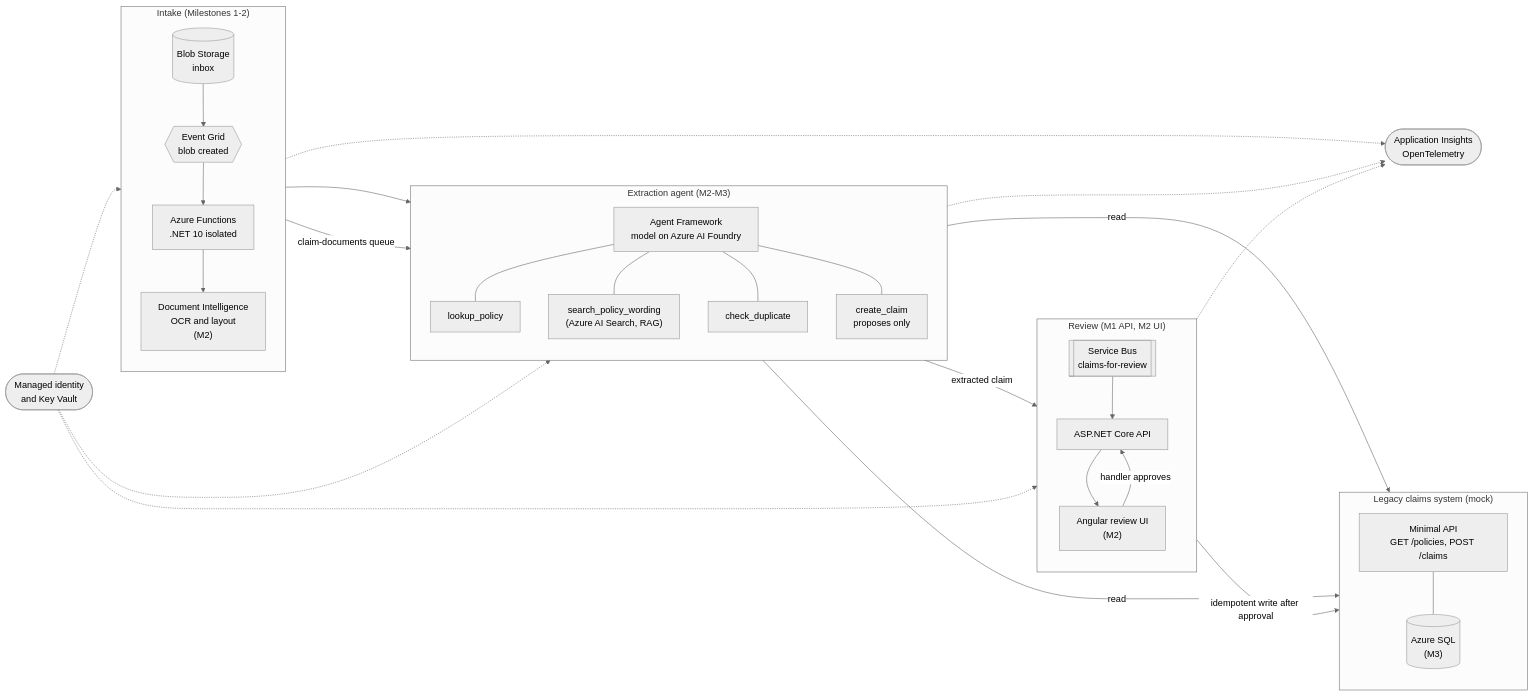
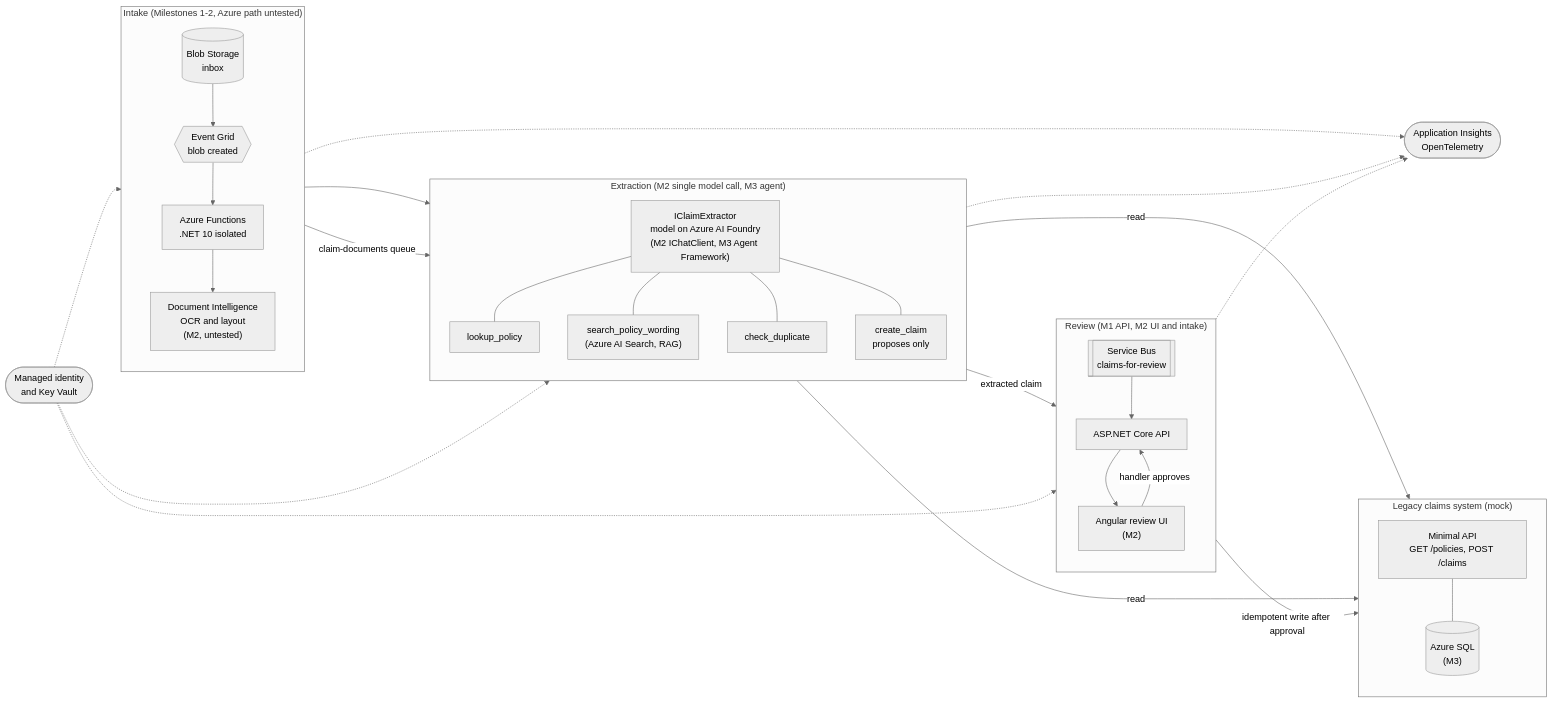
The diagram in docs/architecture.md (VarrunSS/claims-intake-accelerator), drawn with Mermaid (neutral theme) before and after one commit. The commit also changed other lines of this file and 98 other files, not shown here.

````diff
--- a/docs/architecture.md
+++ b/docs/architecture.md
@@ -11,56 +13,56 @@
 ```mermaid
 flowchart LR
-    subgraph Intake["Intake (Milestones 1-2)"]
+    subgraph Intake["Intake (Milestones 1-2, Azure path untested)"]
         direction TB
         Inbox[("Blob Storage<br/>inbox")]
         EG{{"Event Grid<br/>blob created"}}
         Fn["Azure Functions<br/>.NET 10 isolated"]
-        DI["Document Intelligence<br/>OCR and layout<br/>(M2)"]
+        DI["Document Intelligence<br/>OCR and layout<br/>(M2, untested)"]
         Inbox --> EG --> Fn --> DI
     end
 
-    subgraph Agent["Extraction agent (M2-M3)"]
+    subgraph Agent["Extraction (M2 single model call, M3 agent)"]
         direction TB
-        AG["Agent Framework<br/>model on Azure AI Foundry"]
+        AG["IClaimExtractor<br/>model on Azure AI Foundry<br/>(M2 IChatClient, M3 Agent Framework)"]
         T1["lookup_policy"]
         T2["search_policy_wording<br/>(Azure AI Search, RAG)"]
         T3["check_duplicate"]
         T4["create_claim<br/>proposes only"]
         AG --- T1
         AG --- T2
         AG --- T3
         AG --- T4
     end
 
-    subgraph Review["Review (M1 API, M2 UI)"]
+    subgraph Review["Review (M1 API, M2 UI and intake)"]
         direction TB
         SB1[["Service Bus<br/>claims-for-review"]]
         API["ASP.NET Core API"]
         UI["Angular review UI<br/>(M2)"]
         SB1 --> API --> UI
     end
 
     subgraph Legacy["Legacy claims system (mock)"]
         direction TB
         LAPI["Minimal API<br/>GET /policies, POST /claims"]
         SQL[("Azure SQL<br/>(M3)")]
         LAPI --- SQL
     end
 
     Fn -- "claim-documents queue" --> AG
     DI --> AG
     T1 -- read --> LAPI
     T3 -- read --> LAPI
     AG -- "extracted claim" --> SB1
     UI -- "handler approves" --> API
     API -- "idempotent write after approval" --> LAPI
 
     MI(["Managed identity<br/>and Key Vault"])
     OBS(["Application Insights<br/>OpenTelemetry"])
     MI -.-> Fn
     MI -.-> API
     MI -.-> AG
     Fn -.-> OBS
     API -.-> OBS
     AG -.-> OBS
 ```
````
